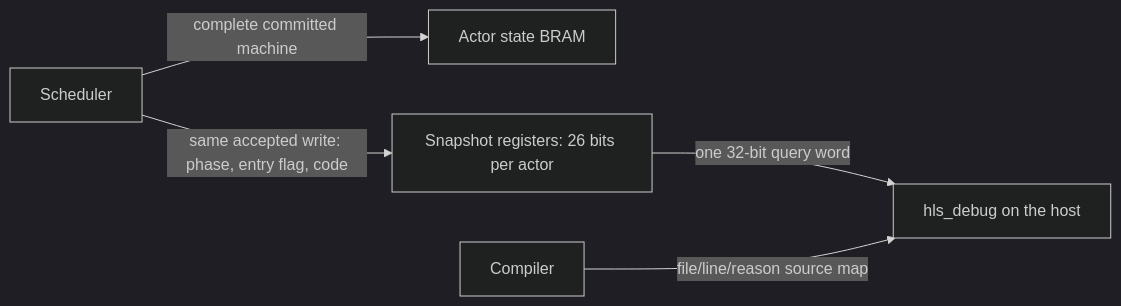
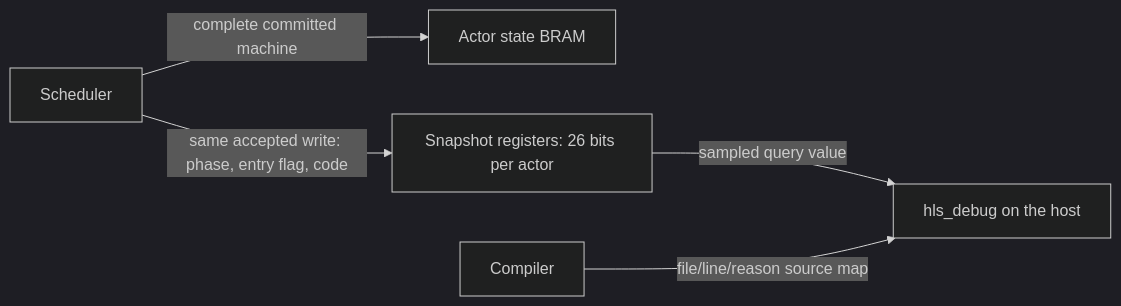
Before and after one commit to ecpeterson/erl_hls: the diagram in docs/topology-debug.md, drawn with Mermaid (dark theme). The commit also changed other lines of this file and 33 other files, not shown here.

````diff
--- a/docs/topology-debug.md
+++ b/docs/topology-debug.md
@@ -72,7 +72,7 @@
 ```mermaid
 flowchart LR
     Scheduler -->|complete committed machine| BRAM[Actor state BRAM]
     Scheduler -->|same accepted write: phase, entry flag, code| Shadow[Snapshot registers: 26 bits per actor]
-    Shadow -->|one 32-bit query word| Host[hls_debug on the host]
+    Shadow -->|sampled query value| Host[hls_debug on the host]
     Compiler -->|file/line/reason source map| Host
 ```
````
